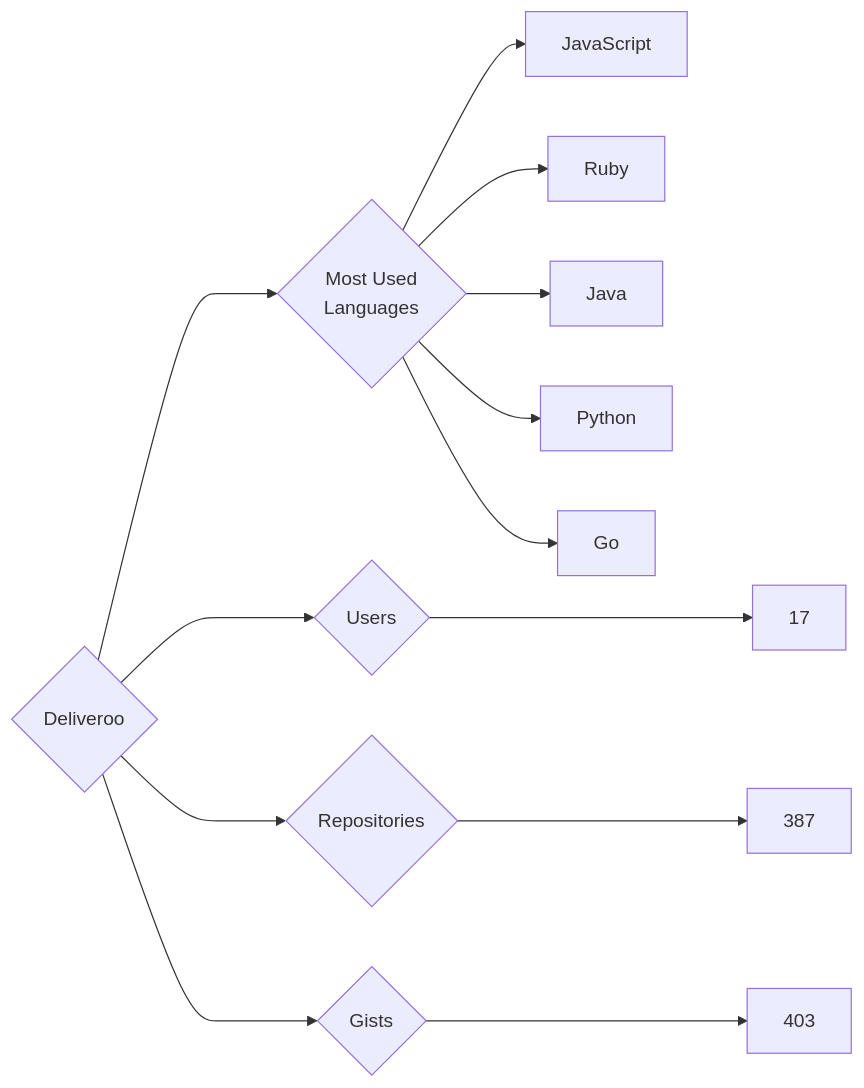
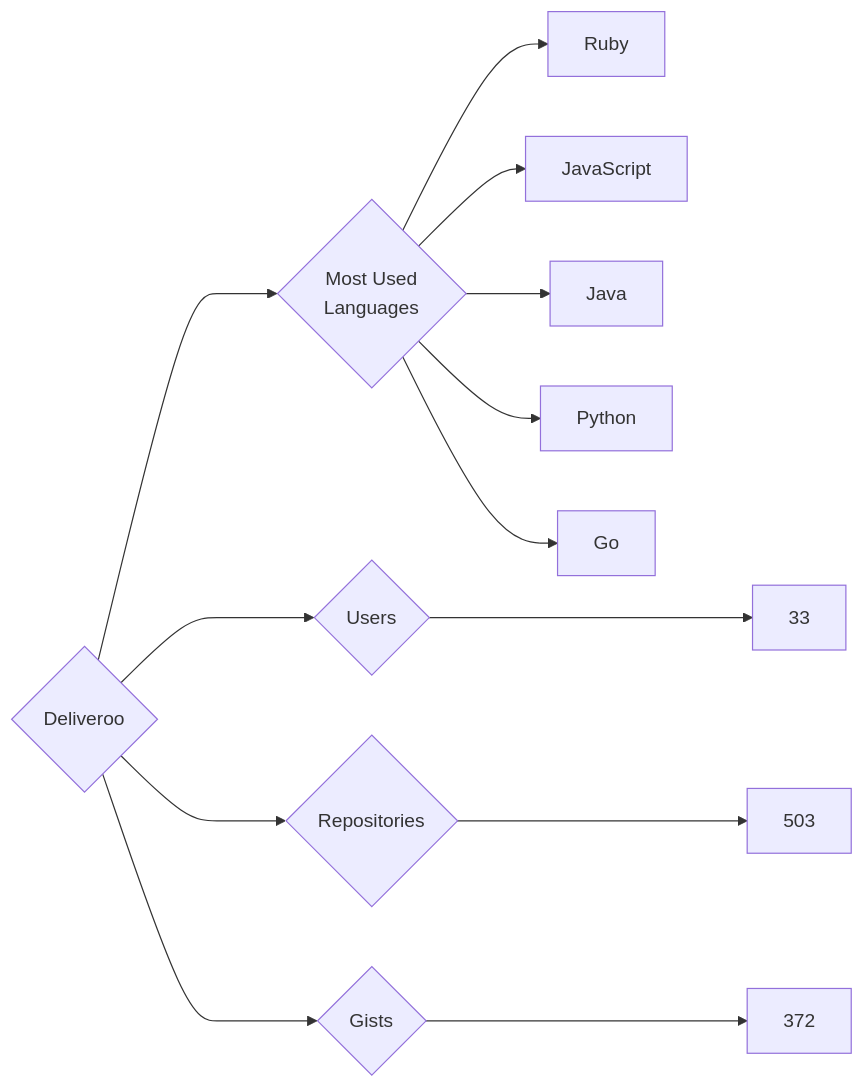
The diagram in targets/Deliveroo/README.md (trickest/insiders), drawn with Mermaid before and after one commit. The commit also changed 1084 other files, not shown here.

````diff
--- a/targets/Deliveroo/README.md
+++ b/targets/Deliveroo/README.md
@@ -3,13 +3,13 @@
 ```mermaid
 graph LR
 COMPANY_NAME{Deliveroo}
-COMPANY_NAME ---> U{Users} ---> UN[17]
-COMPANY_NAME ---> R{Repositories} ---> RN[387]
-COMPANY_NAME ---> G{Gists} ---> GN[403]
+COMPANY_NAME ---> U{Users} ---> UN[33]
+COMPANY_NAME ---> R{Repositories} ---> RN[503]
+COMPANY_NAME ---> G{Gists} ---> GN[372]
 COMPANY_NAME ---> ML{Most Used<br>Languages}
+ML --> Ruby[Ruby]
 ML --> JavaScript[JavaScript]
-ML --> Ruby[Ruby]
 ML --> Java[Java]
 ML --> Python[Python]
 ML --> Go[Go]
 ```
````
